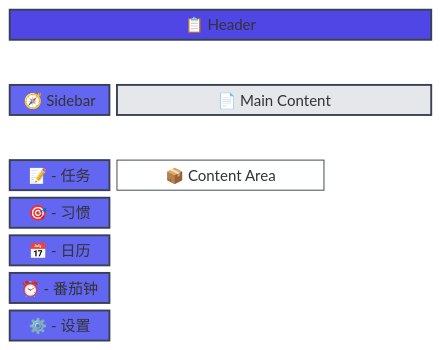
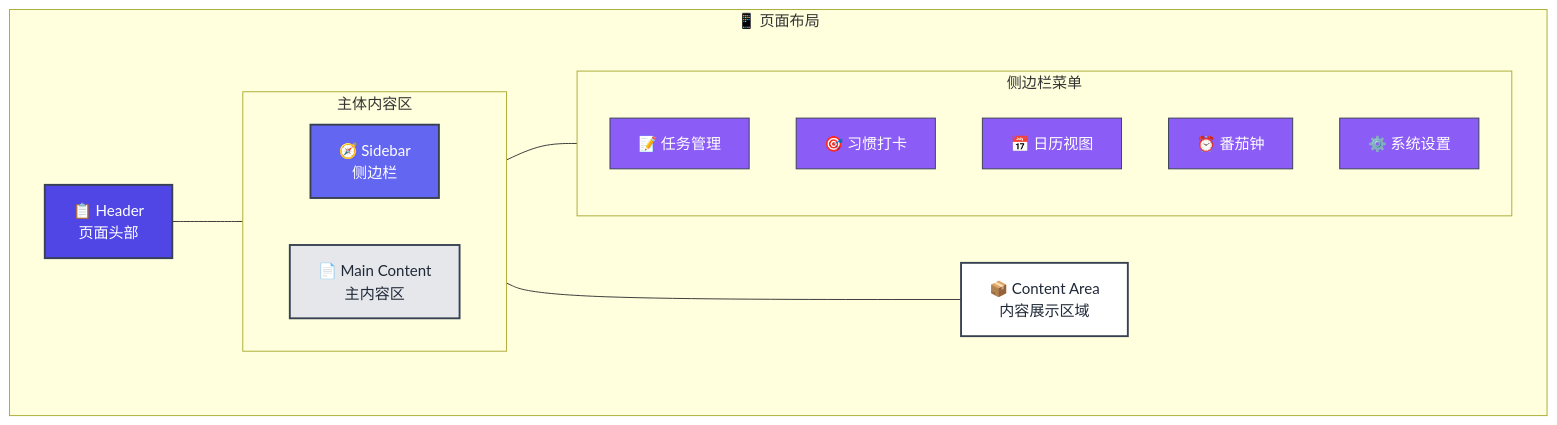
One commit to Lyceum-xs/todolist changed the third of 4 diagrams in docs/详细设计.md. Above: the diagram before and after it, drawn with Mermaid.

Commit message:
修正报错的meimaid代码

````diff
--- a/docs/详细设计.md
+++ b/docs/详细设计.md
@@ -398,43 +398,38 @@
 ```mermaid
-block-beta
-    columns 12
-    Header["📋 Header"]:12
+graph TB
+    subgraph Layout["📱 页面布局"]
+        Header["📋 Header<br/>页面头部"]
+        
+        subgraph Content["主体内容区"]
+            direction LR
+            Sidebar["🧭 Sidebar<br/>侧边栏"]
+            MainContent["📄 Main Content<br/>主内容区"]
+        end
+        
+        subgraph SidebarItems["侧边栏菜单"]
+            TaskMenu["📝 任务管理"]
+            HabitMenu["🎯 习惯打卡"] 
+            CalendarMenu["📅 日历视图"]
+            TimerMenu["⏰ 番茄钟"]
+            SettingsMenu["⚙️ 系统设置"]
+        end
+        
+        ContentArea["📦 Content Area<br/>内容展示区域"]
+    end
     
-    space:12
-    
-    Sidebar["🧭 Sidebar"]:3
-    MainContent["📄 Main Content"]:9
-    
-    space:3
-    space:9
-    
-    TaskMenu["📝 - 任务"]:3
-    ContentArea["📦 Content Area"]:6
-    space:3
-    
-    HabitMenu["🎯 - 习惯"]:3
-    space:6
-    space:3
-    
-    CalendarMenu["📅 - 日历"]:3
-    space:6
-    space:3
-    
-    TimerMenu["⏰ - 番茄钟"]:3
-    space:6
-    space:3
-    
-    SettingsMenu["⚙️ - 设置"]:3
-    space:6
-    space:3
+    Header --- Content
+    Sidebar --- SidebarItems
+    MainContent --- ContentArea
     
     classDef headerStyle fill:#4f46e5,stroke:#374151,stroke-width:2px,color:#ffffff
     classDef sidebarStyle fill:#6366f1,stroke:#374151,stroke-width:2px,color:#ffffff
     classDef contentStyle fill:#e5e7eb,stroke:#374151,stroke-width:2px,color:#1f2937
-    classDef areaStyle fill:#ffffff,stroke:#374151,stroke-width:1px,color:#1f2937
+    classDef areaStyle fill:#ffffff,stroke:#374151,stroke-width:2px,color:#1f2937
+    classDef menuStyle fill:#8b5cf6,stroke:#374151,stroke-width:1px,color:#ffffff
     
     class Header headerStyle
-    class Sidebar,TaskMenu,HabitMenu,CalendarMenu,TimerMenu,SettingsMenu sidebarStyle
+    class Sidebar sidebarStyle
     class MainContent contentStyle
     class ContentArea areaStyle
+    class TaskMenu,HabitMenu,CalendarMenu,TimerMenu,SettingsMenu menuStyle
 ```
````
